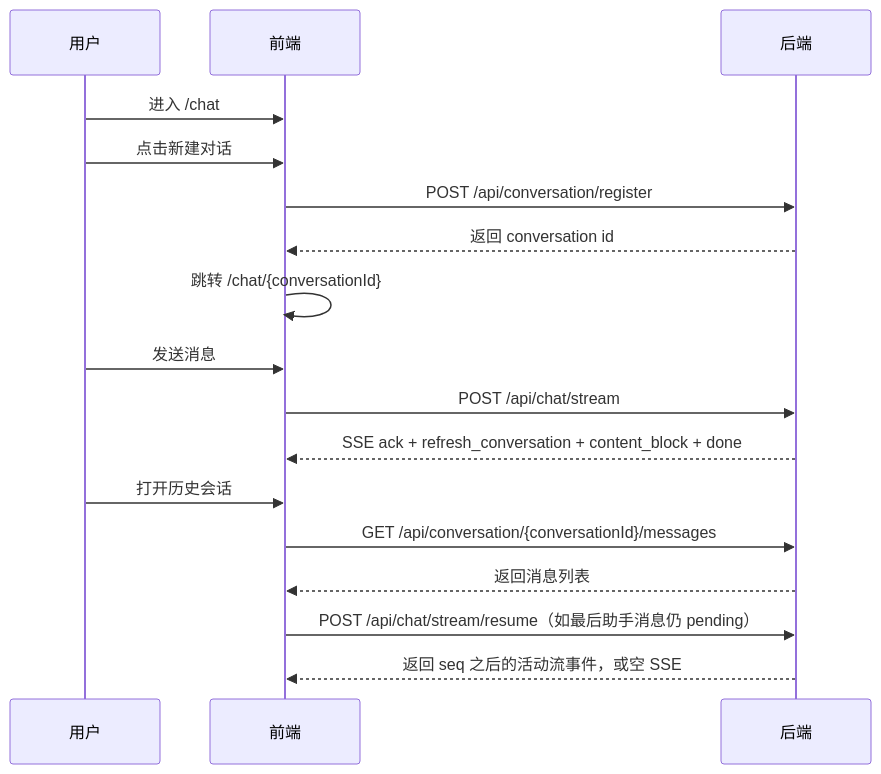
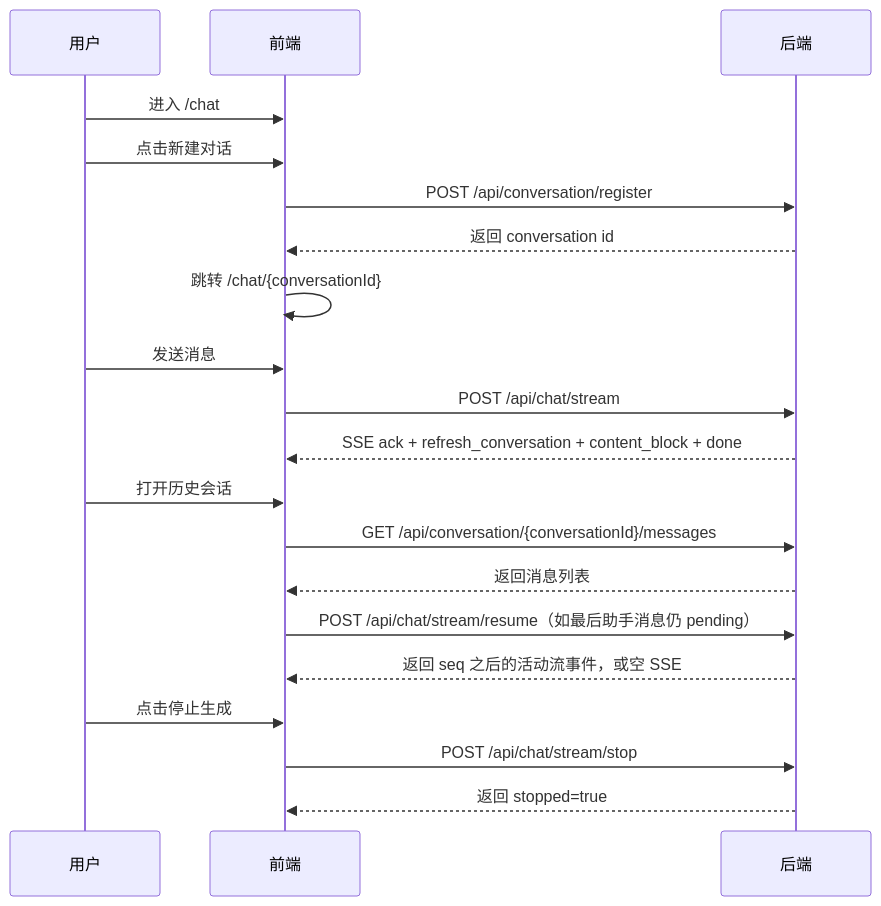
The diagram in frontend/docs/conversation.md (wuhonglei/chat-agent), drawn with Mermaid before and after one commit. The commit also changed other lines of this file and 3 other files, not shown here.

````diff
--- a/frontend/docs/conversation.md
+++ b/frontend/docs/conversation.md
@@ -81,23 +84,27 @@
 ```mermaid
 sequenceDiagram
     participant U as 用户
     participant FE as 前端
     participant API as 后端
 
     U->>FE: 进入 /chat
     U->>FE: 点击新建对话
     FE->>API: POST /api/conversation/register
     API-->>FE: 返回 conversation id
     FE->>FE: 跳转 /chat/{conversationId}
 
     U->>FE: 发送消息
     FE->>API: POST /api/chat/stream
     API-->>FE: SSE ack + refresh_conversation + content_block + done
 
     U->>FE: 打开历史会话
     FE->>API: GET /api/conversation/{conversationId}/messages
     API-->>FE: 返回消息列表
 
     FE->>API: POST /api/chat/stream/resume（如最后助手消息仍 pending）
     API-->>FE: 返回 seq 之后的活动流事件，或空 SSE
+
+    U->>FE: 点击停止生成
+    FE->>API: POST /api/chat/stream/stop
+    API-->>FE: 返回 stopped=true
 ```
````
